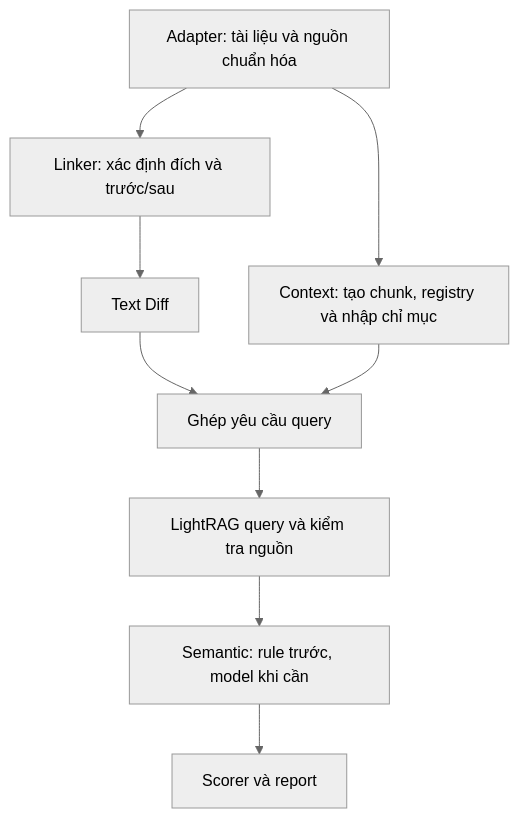
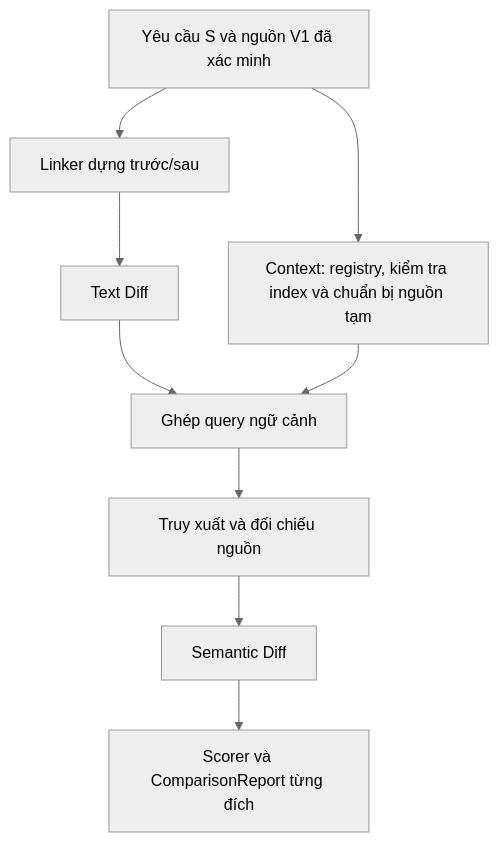
One commit to Lyra1603/group4_legal_document_change_detection changed the second of 2 diagrams in docs/architecture.md. Above: the diagram before and after it, drawn with Mermaid (neutral theme). The commit also changed other lines of this file and 11 other files, not shown here.

Commit message:
docs(architecture): align civil-law workflow and source contracts

````diff
--- a/docs/architecture.md
+++ b/docs/architecture.md
@@ -174,11 +112,11 @@
 ```mermaid
 flowchart TD
-A["Adapter: tài liệu và nguồn chuẩn hóa"] --> B["Linker: xác định đích và trước/sau"]
-A --> C["Context: tạo chunk, registry và nhập chỉ mục"]
-B --> D["Text Diff"]
-D --> E["Ghép yêu cầu query"]
-C --> E
-E --> F["LightRAG query và kiểm tra nguồn"]
-F --> G["Semantic: rule trước, model khi cần"]
-G --> H["Scorer và report"]
+    A["Yêu cầu S và nguồn V1 đã xác minh"] --> B["Linker dựng trước/sau"]
+    A --> C["Context: registry, kiểm tra index và chuẩn bị nguồn tạm"]
+    B --> D["Text Diff"]
+    D --> E["Ghép query ngữ cảnh"]
+    C --> E
+    E --> F["Truy xuất và đối chiếu nguồn"]
+    F --> G["Semantic Diff"]
+    G --> H["Scorer và ComparisonReport từng đích"]
 ```
````
